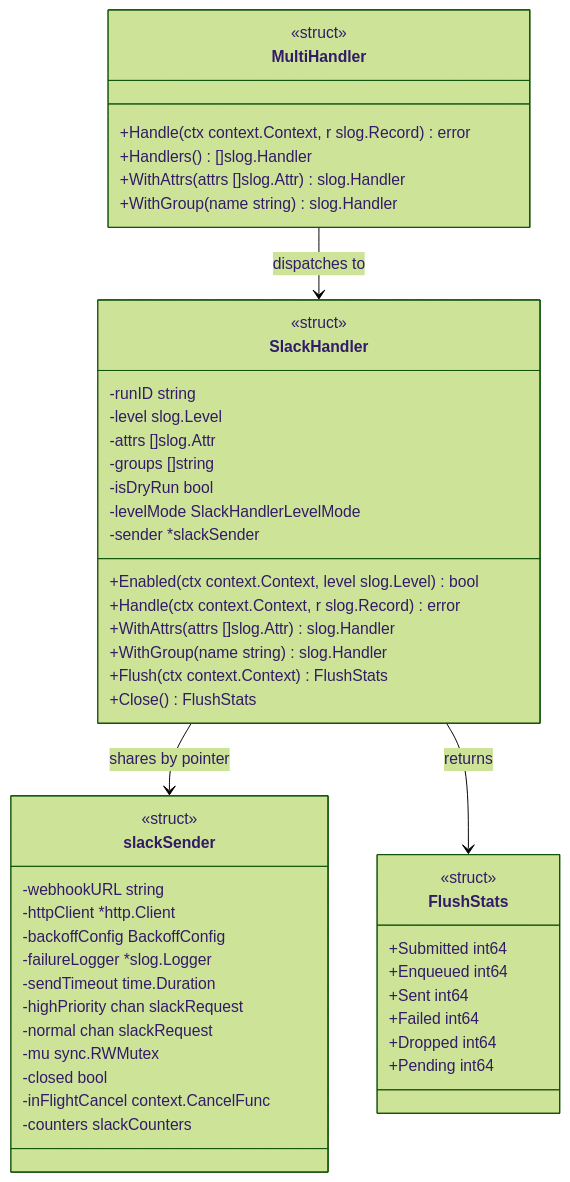
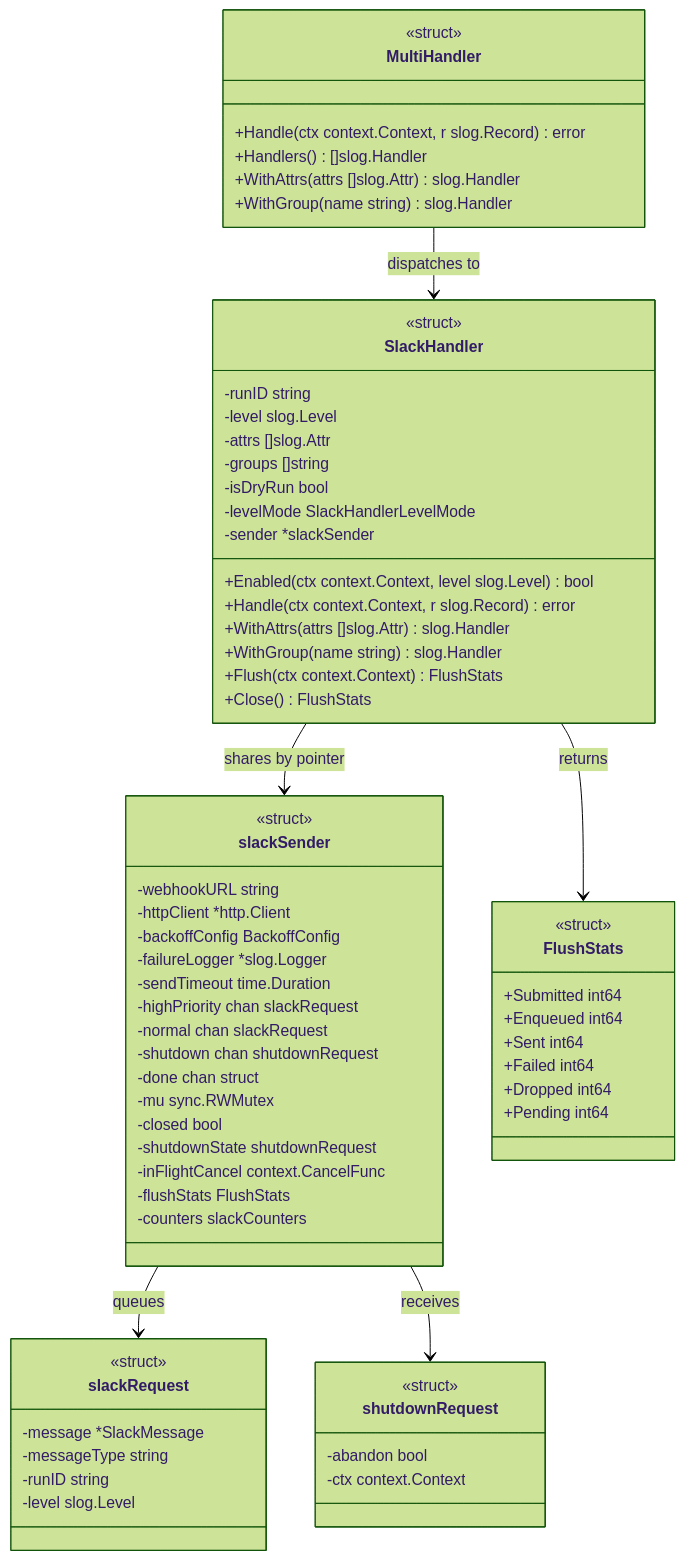
Before and after one commit to isseis/go-safe-cmd-runner: the seventh of 10 diagrams in docs/tasks/0163_redaction_coverage_and_slack_async/02_architecture.md, drawn with Mermaid (forest theme). The commit also changed other lines of this file, not shown here.

````diff
--- a/docs/tasks/0163_redaction_coverage_and_slack_async/02_architecture.md
+++ b/docs/tasks/0163_redaction_coverage_and_slack_async/02_architecture.md
@@ -814,56 +881,76 @@
 ```mermaid
 classDiagram
     class SlackHandler {
         <<struct>>
         -runID string
         -level slog.Level
         -attrs []slog.Attr
         -groups []string
         -isDryRun bool
         -levelMode SlackHandlerLevelMode
         -sender *slackSender
         +Enabled(ctx context.Context, level slog.Level) bool
         +Handle(ctx context.Context, r slog.Record) error
         +WithAttrs(attrs []slog.Attr) slog.Handler
         +WithGroup(name string) slog.Handler
         +Flush(ctx context.Context) FlushStats
         +Close() FlushStats
     }
 
     class slackSender {
         <<struct>>
         -webhookURL string
         -httpClient *http.Client
         -backoffConfig BackoffConfig
         -failureLogger *slog.Logger
         -sendTimeout time.Duration
         -highPriority chan slackRequest
         -normal chan slackRequest
+        -shutdown chan shutdownRequest
+        -done chan struct
         -mu sync.RWMutex
         -closed bool
+        -shutdownState shutdownRequest
         -inFlightCancel context.CancelFunc
+        -flushStats FlushStats
         -counters slackCounters
+    }
+
+    class slackRequest {
+        <<struct>>
+        -message *SlackMessage
+        -messageType string
+        -runID string
+        -level slog.Level
+    }
+
+    class shutdownRequest {
+        <<struct>>
+        -abandon bool
+        -ctx context.Context
     }
 
     class FlushStats {
         <<struct>>
         +Submitted int64
         +Enqueued int64
         +Sent int64
         +Failed int64
         +Dropped int64
         +Pending int64
     }
 
     class MultiHandler {
         <<struct>>
         +Handle(ctx context.Context, r slog.Record) error
         +Handlers() []slog.Handler
         +WithAttrs(attrs []slog.Attr) slog.Handler
         +WithGroup(name string) slog.Handler
     }
 
     SlackHandler --> slackSender : shares by pointer
     SlackHandler --> FlushStats : returns
+    slackSender --> slackRequest : queues
+    slackSender --> shutdownRequest : receives
     MultiHandler --> SlackHandler : dispatches to
 ```
````
